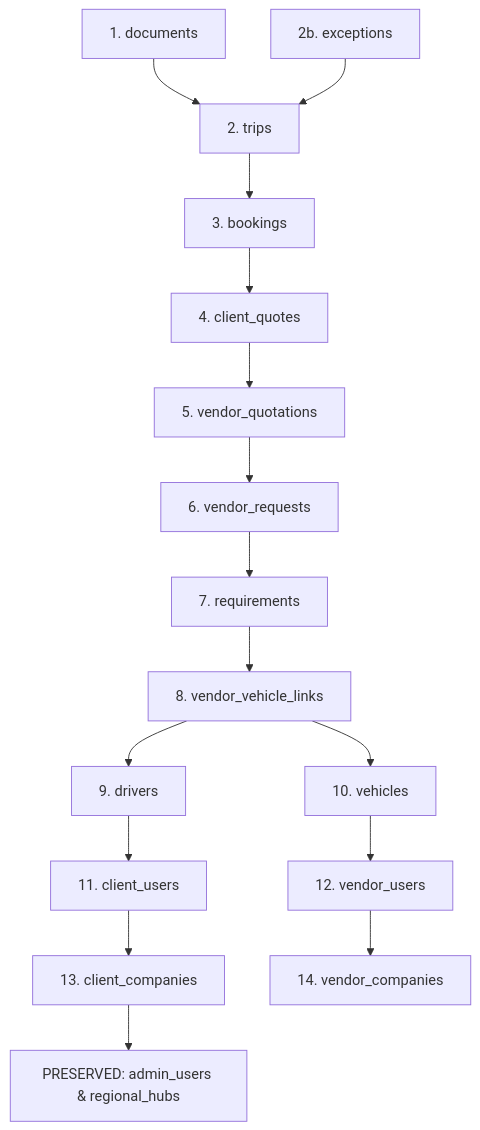
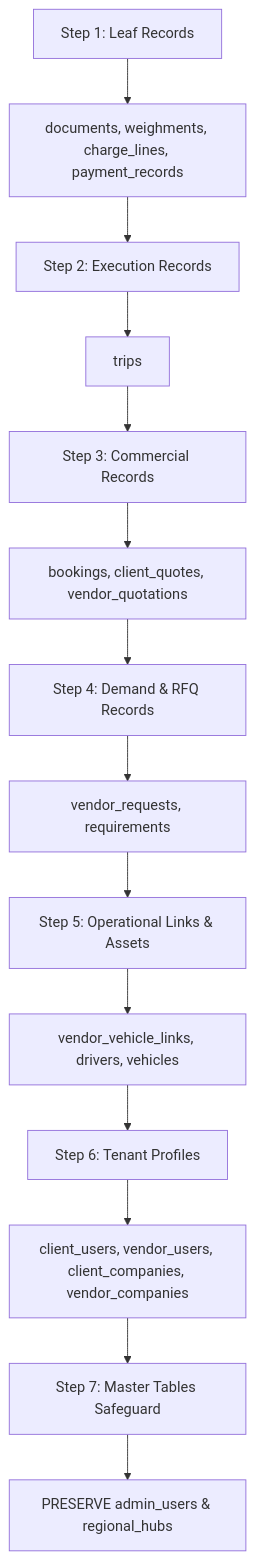
The diagram in FRESH_RESET_AUDIT.md (thetruckx-crypto/thetruckx), drawn with Mermaid before and after one commit. The commit also changed other lines of this file and 16 other files, not shown here.

````diff
--- a/FRESH_RESET_AUDIT.md
+++ b/FRESH_RESET_AUDIT.md
@@ -102,18 +93,16 @@
 ```mermaid
 graph TD
-    DOCS[1. documents] --> TRIPS[2. trips]
-    EXC[2b. exceptions] --> TRIPS
-    TRIPS --> BOOK[3. bookings]
-    BOOK --> CQ[4. client_quotes]
-    CQ --> VQ[5. vendor_quotations]
-    VQ --> VR[6. vendor_requests]
-    VR --> REQ[7. requirements]
-    REQ --> VVL[8. vendor_vehicle_links]
-    VVL --> DRV[9. drivers]
-    VVL --> VEH[10. vehicles]
-    DRV --> CU[11. client_users]
-    VEH --> VU[12. vendor_users]
-    CU --> CC[13. client_companies]
-    VU --> VC[14. vendor_companies]
-    CC --> PRESERVED[PRESERVED: admin_users & regional_hubs]
+    A[Step 1: Leaf Records] --> B[documents, weighments, charge_lines, payment_records]
+    B --> C[Step 2: Execution Records]
+    C --> D[trips]
+    D --> E[Step 3: Commercial Records]
+    E --> F[bookings, client_quotes, vendor_quotations]
+    F --> G[Step 4: Demand & RFQ Records]
+    G --> H[vendor_requests, requirements]
+    H --> I[Step 5: Operational Links & Assets]
+    I --> J[vendor_vehicle_links, drivers, vehicles]
+    J --> K[Step 6: Tenant Profiles]
+    K --> L[client_users, vendor_users, client_companies, vendor_companies]
+    L --> M[Step 7: Master Tables Safeguard]
+    M --> N[PRESERVE admin_users & regional_hubs]
 ```
````
